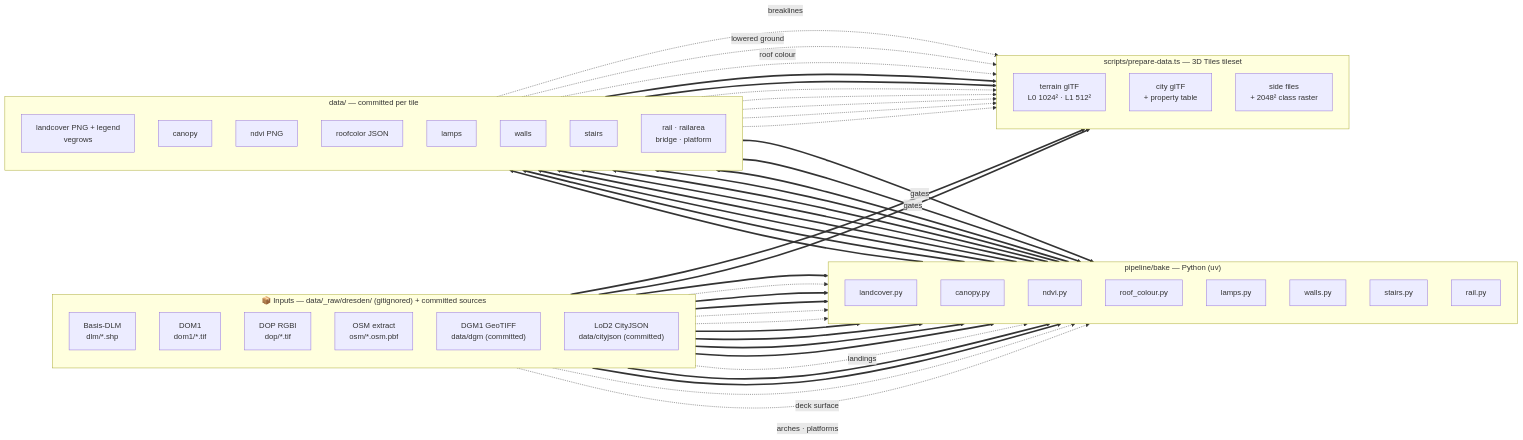
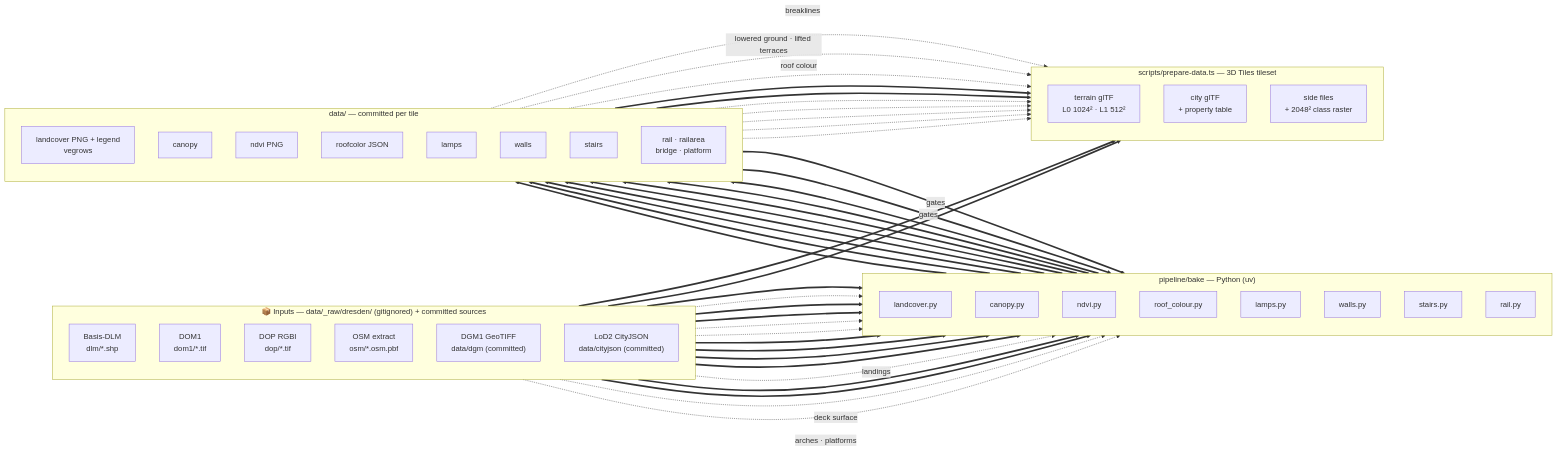
Before and after one commit to mdugue/bridge: the second of 2 diagrams in docs/data-flow.md, drawn with Mermaid. The commit also changed other lines of this file and 31 other files, not shown here.

````diff
--- a/docs/data-flow.md
+++ b/docs/data-flow.md
@@ -152,77 +153,77 @@
 ```mermaid
 flowchart LR
   subgraph IN["📦 Inputs — data/_raw/dresden/ (gitignored) + committed sources"]
     direction TB
     iDLM["Basis-DLM<br/>dlm/*.shp"]
     iDOM["DOM1<br/>dom1/*.tif"]
     iDOP["DOP RGBI<br/>dop/*.tif"]
     iOSM["OSM extract<br/>osm/*.osm.pbf"]
     iDGM["DGM1 GeoTIFF<br/>data/dgm (committed)"]
     iCJ["LoD2 CityJSON<br/>data/cityjson (committed)"]
   end
 
   subgraph PY["pipeline/bake — Python (uv)"]
     direction TB
     bLC["landcover.py"]
     bCAN["canopy.py"]
     bNDVI["ndvi.py"]
     bROOF["roof_colour.py"]
     bLAMP["lamps.py"]
     bWALL["walls.py"]
     bSTR["stairs.py"]
     bRAIL["rail.py"]
   end
 
   subgraph DATA["data/ — committed per tile"]
     direction TB
     dCLS["landcover PNG + legend<br/>vegrows"]
     dCAN["canopy"]
     dNDVI["ndvi PNG"]
     dROOF["roofcolor JSON"]
     dLAMP["lamps"]
     dWALL["walls"]
     dSTR["stairs"]
     dRAIL["rail · railarea<br/>bridge · platform"]
   end
 
   subgraph TS["scripts/prepare-data.ts — 3D Tiles tileset"]
     direction TB
     tTER["terrain glTF<br/>L0 1024² · L1 512²"]
     tCITY["city glTF<br/>+ property table"]
     tSIDE["side files<br/>+ 2048² class raster"]
   end
 
   iDLM ==> bLC ==> dCLS
   iDOM -.-> bCAN
   iDGM ==> bCAN
   iDLM ==> bCAN
   dCLS ==>|gates| bCAN
   bCAN ==> dCAN
   iDOP -.-> bNDVI ==> dNDVI
   iDOP -.-> bROOF
   iCJ ==> bROOF ==> dROOF
   iOSM ==> bLAMP
   dCLS ==>|gates| bLAMP
   bLAMP ==> dLAMP
   iOSM ==> bWALL ==> dWALL
   iOSM ==> bSTR ==> dSTR
   iDGM -. "landings" .-> bSTR
   iDLM ==> bRAIL
   iDGM ==> bRAIL
   iDOM -. "deck surface" .-> bRAIL
   iOSM -. "arches · platforms" .-> bRAIL
   bRAIL ==> dRAIL
 
   iDGM ==> tTER
   dWALL -. breaklines .-> tTER
-  dSTR -. "lowered ground" .-> tTER
+  dSTR -. "lowered ground · lifted terraces" .-> tTER
   iCJ ==> tCITY
   dROOF -. "roof colour" .-> tCITY
   dCLS ==> tSIDE
   dCAN ==> tSIDE
   dNDVI -.-> tSIDE
   dLAMP -.-> tSIDE
   dWALL -.-> tSIDE
   dSTR -.-> tSIDE
   dRAIL -.-> tSIDE
 ```
````
